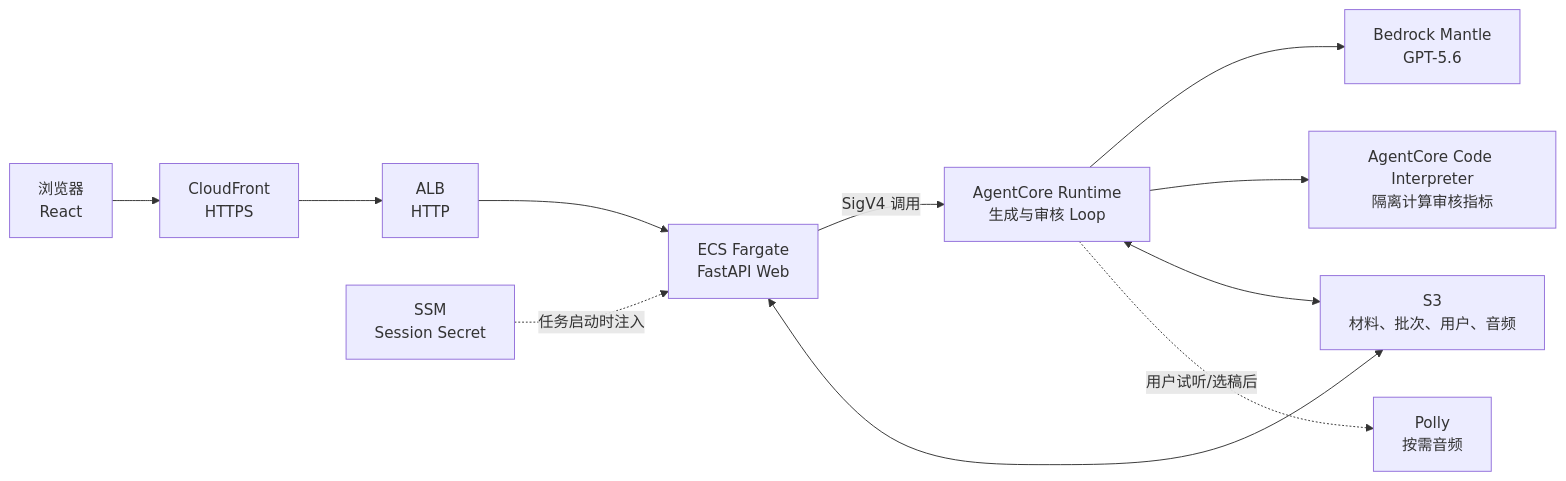
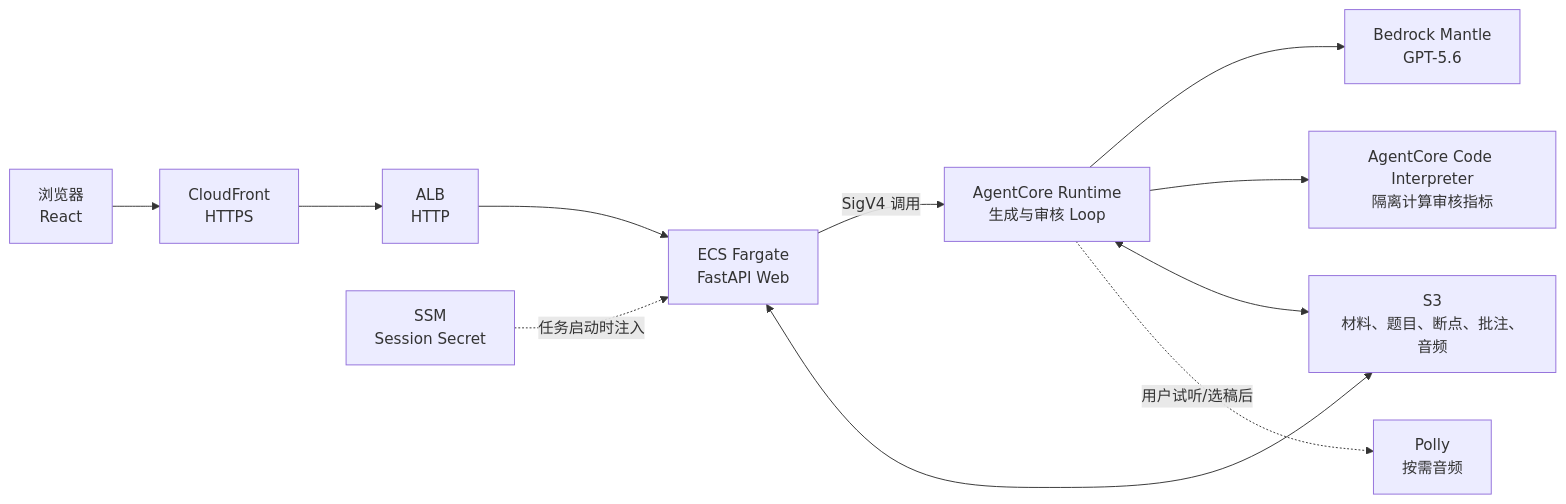
The first of 2 diagrams in README.md (wanglingxiao123/ielts-part1-generator), drawn with Mermaid before and after one commit. The commit also changed other lines of this file and 40 other files, not shown here.

````diff
--- a/README.md
+++ b/README.md
@@ -106,22 +114,22 @@
 ```mermaid
 flowchart LR
     U["浏览器<br/>React"]
     CF["CloudFront<br/>HTTPS"]
     ALB["ALB<br/>HTTP"]
     WEB["ECS Fargate<br/>FastAPI Web"]
     RT["AgentCore Runtime<br/>生成与审核 Loop"]
     CI["AgentCore Code Interpreter<br/>隔离计算审核指标"]
     MODEL["Bedrock Mantle<br/>GPT-5.6"]
-    S3["S3<br/>材料、批次、用户、音频"]
+    S3["S3<br/>材料、题目、断点、批注、音频"]
     SSM["SSM<br/>Session Secret"]
     POLLY["Polly<br/>按需音频"]
 
     U --> CF --> ALB --> WEB
     WEB -->|"SigV4 调用"| RT
     WEB <--> S3
     SSM -. "任务启动时注入" .-> WEB
     RT --> MODEL
     RT --> CI
     RT <--> S3
     RT -. "用户试听/选稿后" .-> POLLY
 ```
````
